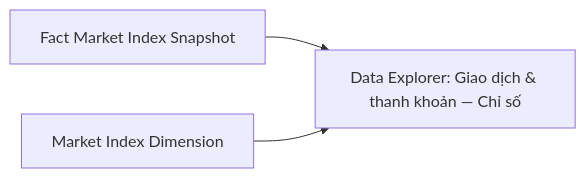
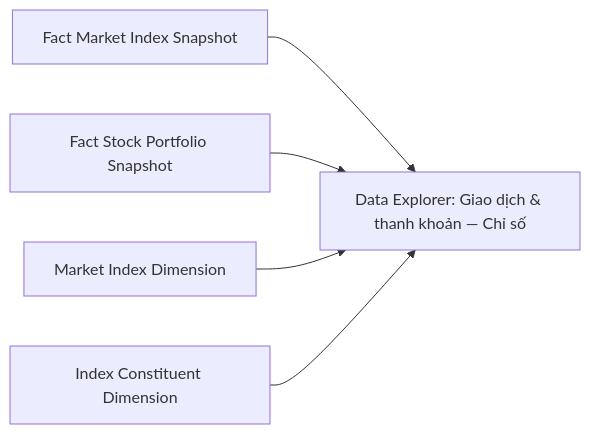
One commit to linhlvit/ubck_atomic_design changed diagram 56 of 57 in Datamart/hld/DTM_GSTT_HLD.md. Above: the diagram before and after it, drawn with Mermaid. The commit also changed other lines of this file and 19 other files, not shown here.

````diff
--- a/Datamart/hld/DTM_GSTT_HLD.md
+++ b/Datamart/hld/DTM_GSTT_HLD.md
@@ -2889,5 +2889,7 @@
 ```mermaid
 flowchart LR
     F1["Fact Market Index Snapshot"] --> RPT49["Data Explorer: Giao dịch & thanh khoản — Chỉ số"]
+    F2["Fact Stock Portfolio Snapshot"] --> RPT49
     D1["Market Index Dimension"] --> RPT49
+    D2["Index Constituent Dimension"] --> RPT49
 ```
````
